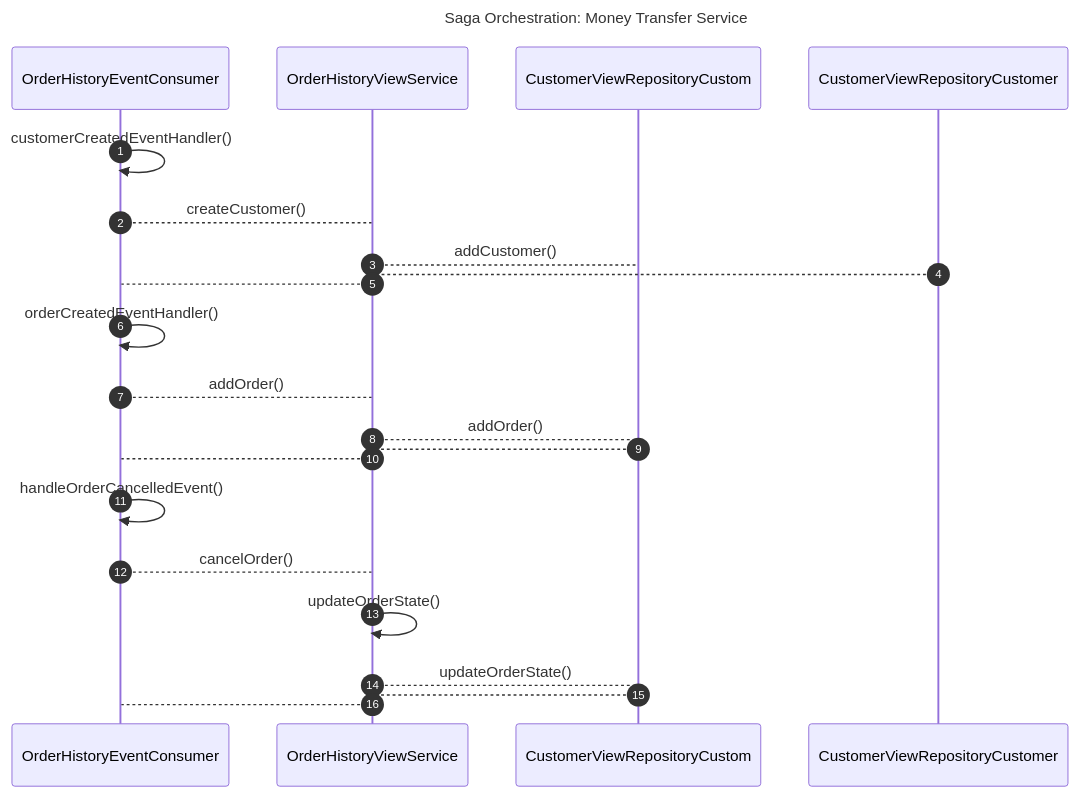
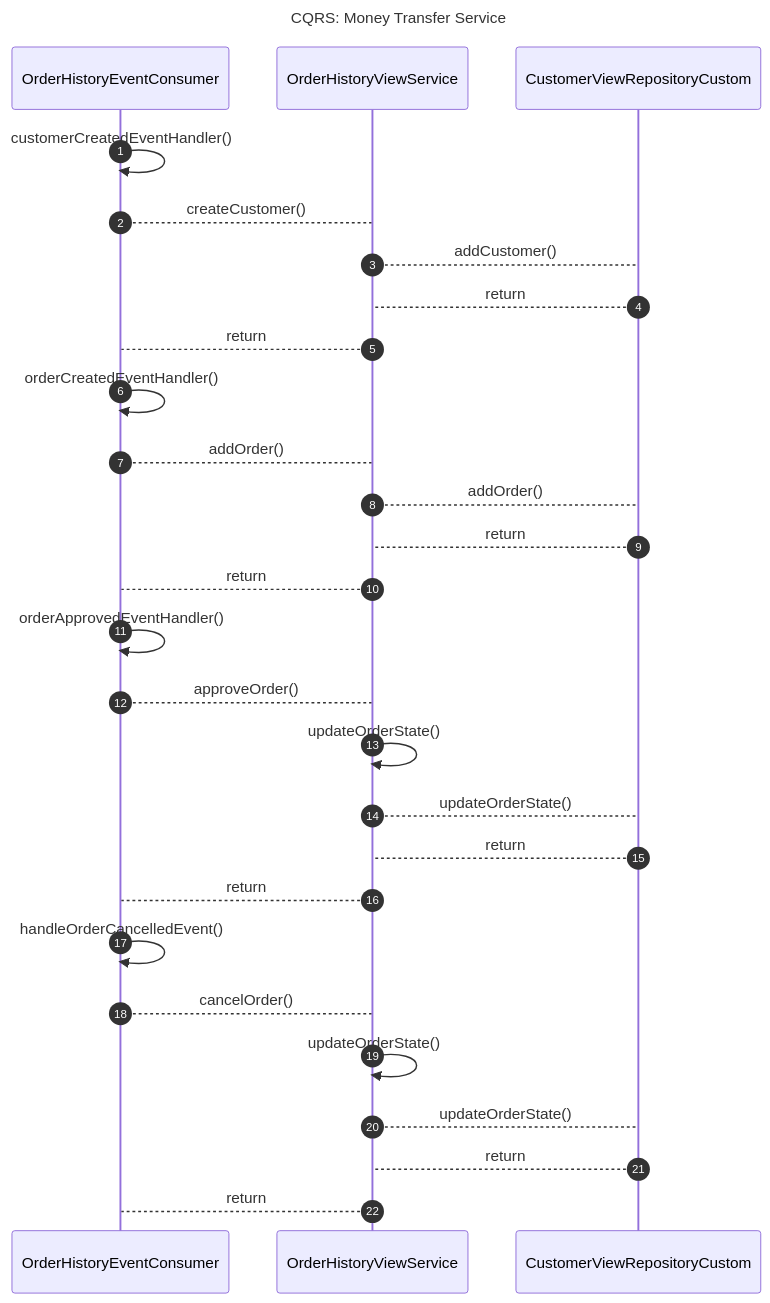
The fifth of 5 diagrams in README.md (TomSpencerLondon/distributed-data-patterns), drawn with Mermaid before and after one commit.

Commit message:
Correct CQRS diagram

````diff
--- a/README.md
+++ b/README.md
@@ -1507,28 +1507,35 @@
 ```mermaid
 ---
-title: "Saga Orchestration: Money Transfer Service"
+title: "CQRS: Money Transfer Service"
 ---
 
 sequenceDiagram
-    autonumber
-    participant OrderHistoryEventConsumer
-    participant OrderHistoryViewService
-    participant CustomerViewRepositoryCustom
-    
-    OrderHistoryEventConsumer->> OrderHistoryEventConsumer: customerCreatedEventHandler()
-    OrderHistoryEventConsumer--> OrderHistoryViewService: createCustomer()
-    OrderHistoryViewService--> CustomerViewRepositoryCustom: addCustomer()
-    CustomerViewRepositoryCustomer-->OrderHistoryViewService: 
-    OrderHistoryViewService-->OrderHistoryEventConsumer: 
-    OrderHistoryEventConsumer->>OrderHistoryEventConsumer: orderCreatedEventHandler()
-    OrderHistoryEventConsumer-->OrderHistoryViewService: addOrder()
-    OrderHistoryViewService-->CustomerViewRepositoryCustom: addOrder()
-    CustomerViewRepositoryCustom-->OrderHistoryViewService: 
-    OrderHistoryViewService-->OrderHistoryEventConsumer: 
-    OrderHistoryEventConsumer->>OrderHistoryEventConsumer: handleOrderCancelledEvent()
-    OrderHistoryEventConsumer-->OrderHistoryViewService: cancelOrder()
-    OrderHistoryViewService->>OrderHistoryViewService: updateOrderState()
-    OrderHistoryViewService-->CustomerViewRepositoryCustom: updateOrderState()
-    CustomerViewRepositoryCustom-->OrderHistoryViewService: 
-    OrderHistoryViewService-->OrderHistoryEventConsumer: 
+  autonumber
+  participant OrderHistoryEventConsumer
+  participant OrderHistoryViewService
+  participant CustomerViewRepositoryCustom
+
+  OrderHistoryEventConsumer->> OrderHistoryEventConsumer: customerCreatedEventHandler()
+  OrderHistoryEventConsumer--> OrderHistoryViewService: createCustomer()
+  OrderHistoryViewService--> CustomerViewRepositoryCustom: addCustomer()
+  CustomerViewRepositoryCustom-->OrderHistoryViewService: return
+  OrderHistoryViewService-->OrderHistoryEventConsumer: return
+  OrderHistoryEventConsumer->>OrderHistoryEventConsumer: orderCreatedEventHandler()
+  OrderHistoryEventConsumer-->OrderHistoryViewService: addOrder()
+  OrderHistoryViewService-->CustomerViewRepositoryCustom: addOrder()
+  CustomerViewRepositoryCustom-->OrderHistoryViewService: return
+  OrderHistoryViewService-->OrderHistoryEventConsumer: return
+  OrderHistoryEventConsumer->>OrderHistoryEventConsumer: orderApprovedEventHandler()
+  OrderHistoryEventConsumer-->OrderHistoryViewService: approveOrder()
+  OrderHistoryViewService->>OrderHistoryViewService: updateOrderState()
+  OrderHistoryViewService-->CustomerViewRepositoryCustom: updateOrderState()
+  CustomerViewRepositoryCustom-->OrderHistoryViewService: return
+  OrderHistoryViewService--> OrderHistoryEventConsumer: return
+  OrderHistoryEventConsumer->>OrderHistoryEventConsumer: handleOrderCancelledEvent()
+  OrderHistoryEventConsumer-->OrderHistoryViewService: cancelOrder()
+  OrderHistoryViewService->>OrderHistoryViewService: updateOrderState()
+  OrderHistoryViewService-->CustomerViewRepositoryCustom: updateOrderState()
+  CustomerViewRepositoryCustom-->OrderHistoryViewService: return
+  OrderHistoryViewService-->OrderHistoryEventConsumer: return
+
 ```
````
